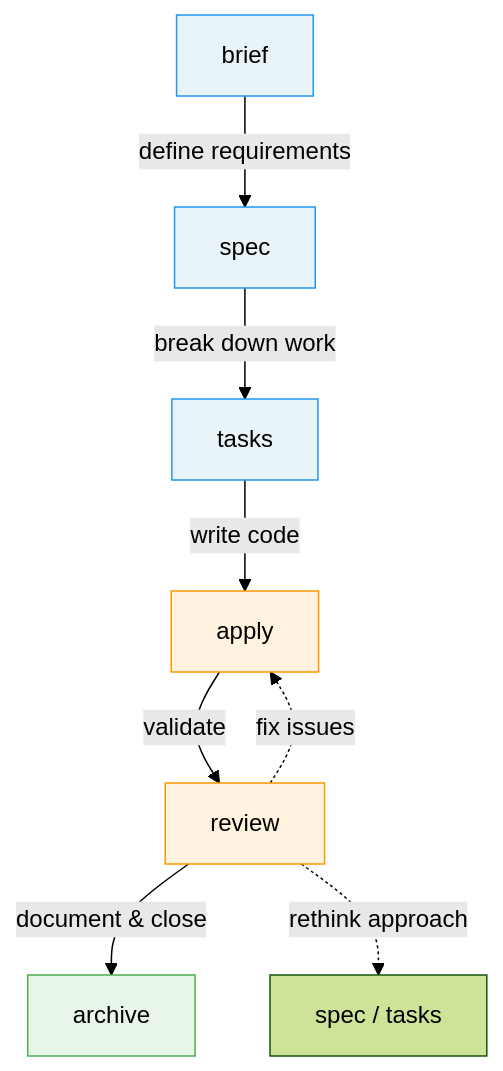
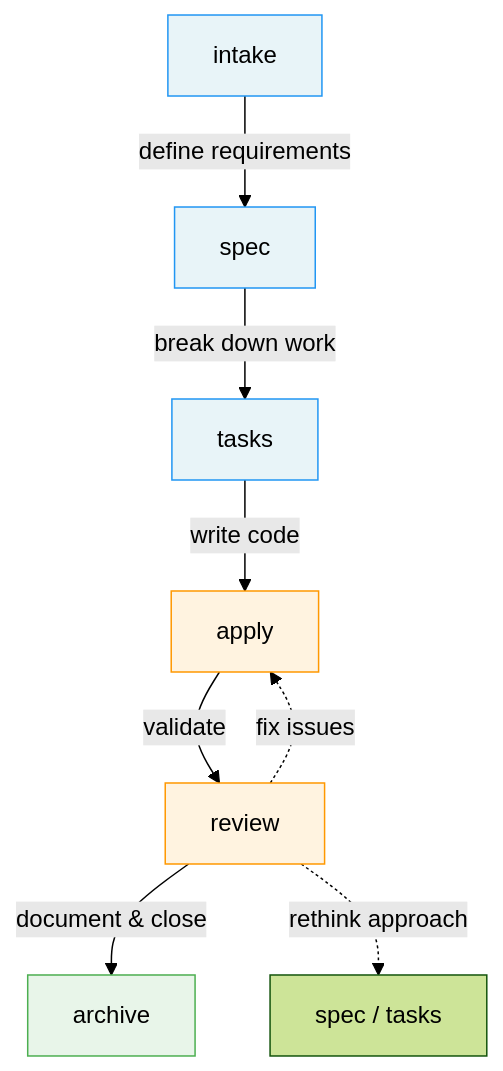
Before and after one commit to sahil87/fab-kit: the first of 4 diagrams in docs/specs/user-flow.md, drawn with Mermaid (forest theme). The commit also changed other lines of this file and 38 other files, not shown here.

First line of the commit message:
Rename brief stage to intake across fab-kit pipeline (#96)

````diff
--- a/docs/specs/user-flow.md
+++ b/docs/specs/user-flow.md
@@ -11,20 +11,20 @@
 ```mermaid
 flowchart TD
-    B[brief] -->|"define requirements"| S[spec]
+    B[intake] -->|"define requirements"| S[spec]
     S -->|"break down work"| T[tasks]
     T -->|"write code"| A[apply]
     A -->|"validate"| R[review]
     R -->|"document & close"| AR[archive]
 
     %% Rework
     R -.->|"fix issues"| A
     R -.->|"rethink approach"| REWORK["spec / tasks"]
 
     %% Styles
     style B fill:#e8f4f8,stroke:#2196F3
     style S fill:#e8f4f8,stroke:#2196F3
     style T fill:#e8f4f8,stroke:#2196F3
     style A fill:#fff3e0,stroke:#FF9800
     style R fill:#fff3e0,stroke:#FF9800
     style AR fill:#e8f5e9,stroke:#4CAF50
 ```
````
